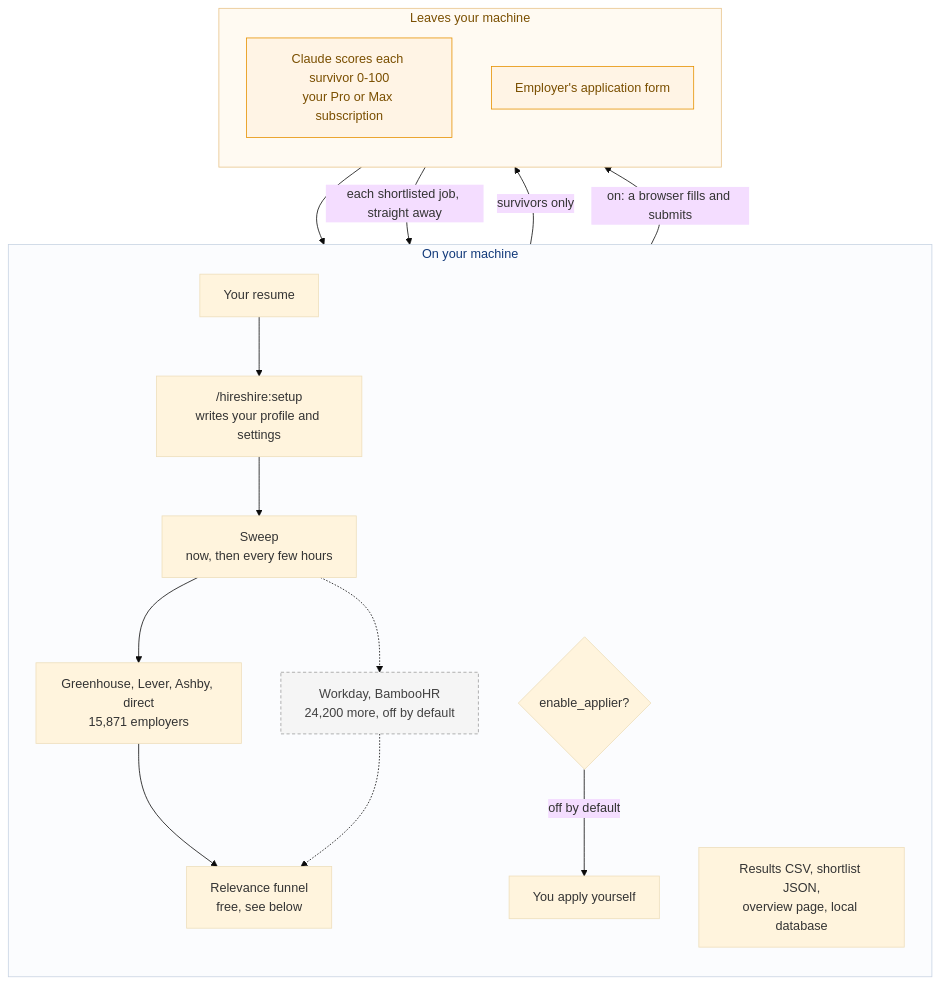
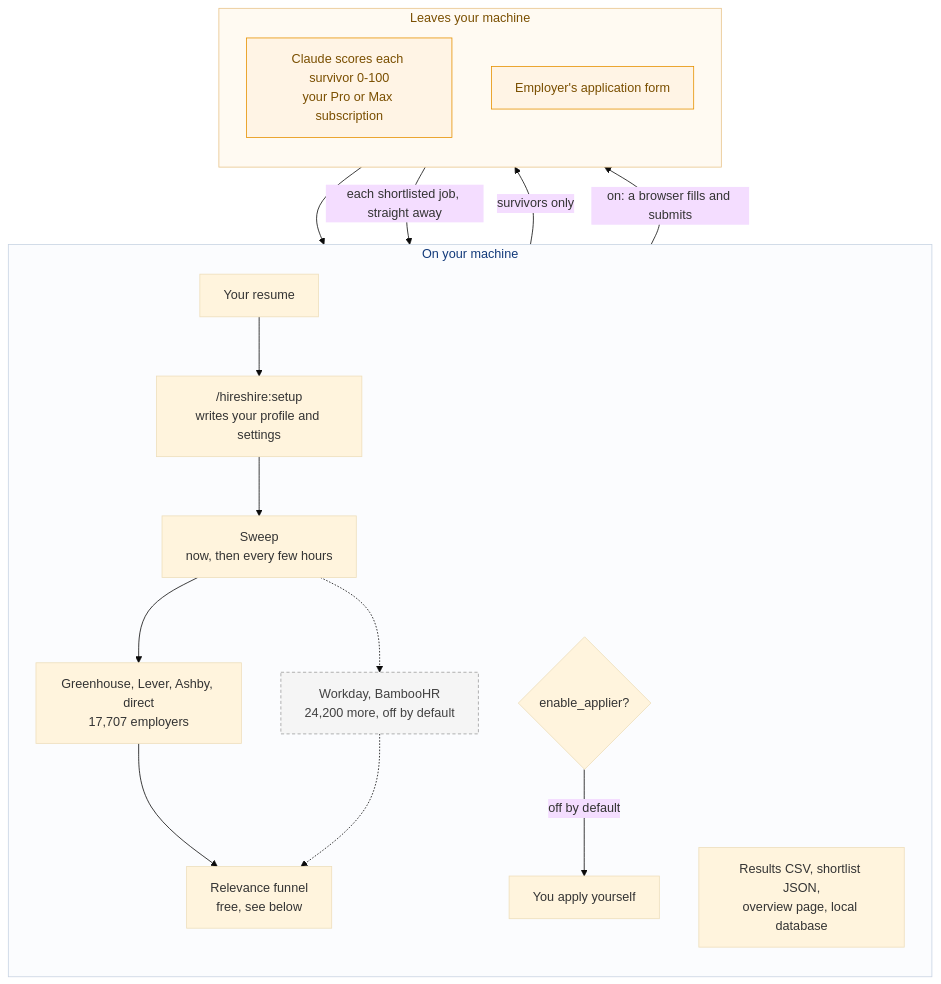
One commit to slowloris-98/HireShire-plugin changed the first of 2 diagrams in docs/TECH_ARCH.md. Above: the diagram before and after it, drawn with Mermaid (base theme). The commit also changed 11 other files, not shown here.

````diff
--- a/docs/TECH_ARCH.md
+++ b/docs/TECH_ARCH.md
@@ -16,38 +16,38 @@
 ```mermaid
 flowchart TD
     subgraph local["On your machine"]
         direction TB
         R["Your resume"]
         SET["/hireshire:setup<br/>writes your profile and settings"]
         SWEEP["Sweep<br/>now, then every few hours"]
-        B1["Greenhouse, Lever, Ashby, direct<br/>15,871 employers"]
+        B1["Greenhouse, Lever, Ashby, direct<br/>17,707 employers"]
         B2["Workday, BambooHR<br/>24,200 more, off by default"]
         FUN["Relevance funnel<br/>free, see below"]
         OUT["Results CSV, shortlist JSON,<br/>overview page, local database"]
         APP{"enable_applier?"}
         YOU["You apply yourself"]
 
         R --> SET --> SWEEP
         SWEEP --> B1 --> FUN
         SWEEP -.-> B2 -.-> FUN
         APP -->|"off by default"| YOU
     end
 
     subgraph away["Leaves your machine"]
         direction TB
         CLAUDE["Claude scores each survivor 0-100<br/>your Pro or Max subscription"]
         EMP["Employer's application form"]
     end
 
     FUN -->|"survivors only"| CLAUDE
     CLAUDE --> OUT
     CLAUDE -->|"each shortlisted job, straight away"| APP
     APP -->|"on: a browser fills and submits"| EMP
 
     classDef off fill:#f5f5f5,stroke:#9e9e9e,color:#424242,stroke-dasharray:4 3
     classDef away fill:#fff4e5,stroke:#e69100,color:#7a4f00
     class B2 off
     class CLAUDE,EMP away
     style local fill:#fbfcfe,stroke:#c8d3e3,color:#123a7a
     style away fill:#fffaf2,stroke:#e8c48a,color:#7a4f00
 ```
````
